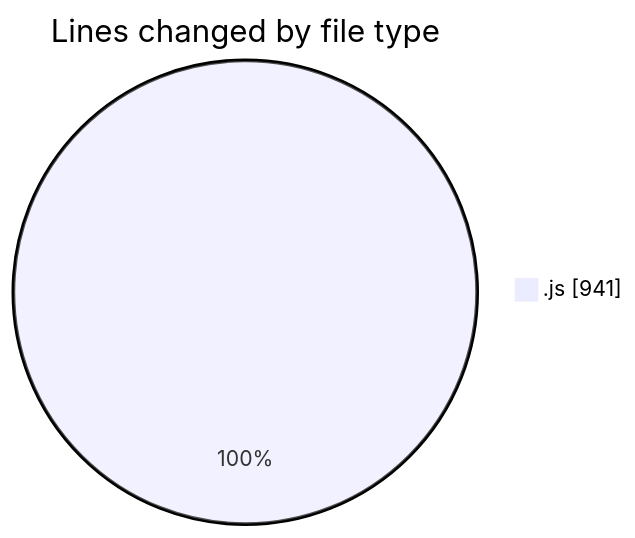
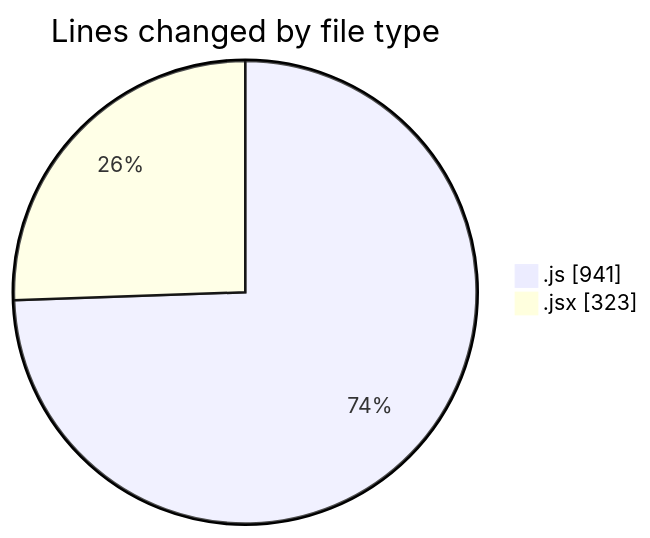
One commit to nxtqubesakshisongat/code-tracking changed the first of 2 diagrams in 2025-07-29/nxtqube_webapp/README.md. Above: the diagram before and after it, drawn with Mermaid. The commit also changed other lines of this file and 1 other file, not shown here.

````diff
--- a/2025-07-29/nxtqube_webapp/README.md
+++ b/2025-07-29/nxtqube_webapp/README.md
@@ -22,5 +23,6 @@
 ```mermaid
 pie showData
 title Lines changed by file type
 ".js" : 941
+".jsx" : 323
 ```
````
